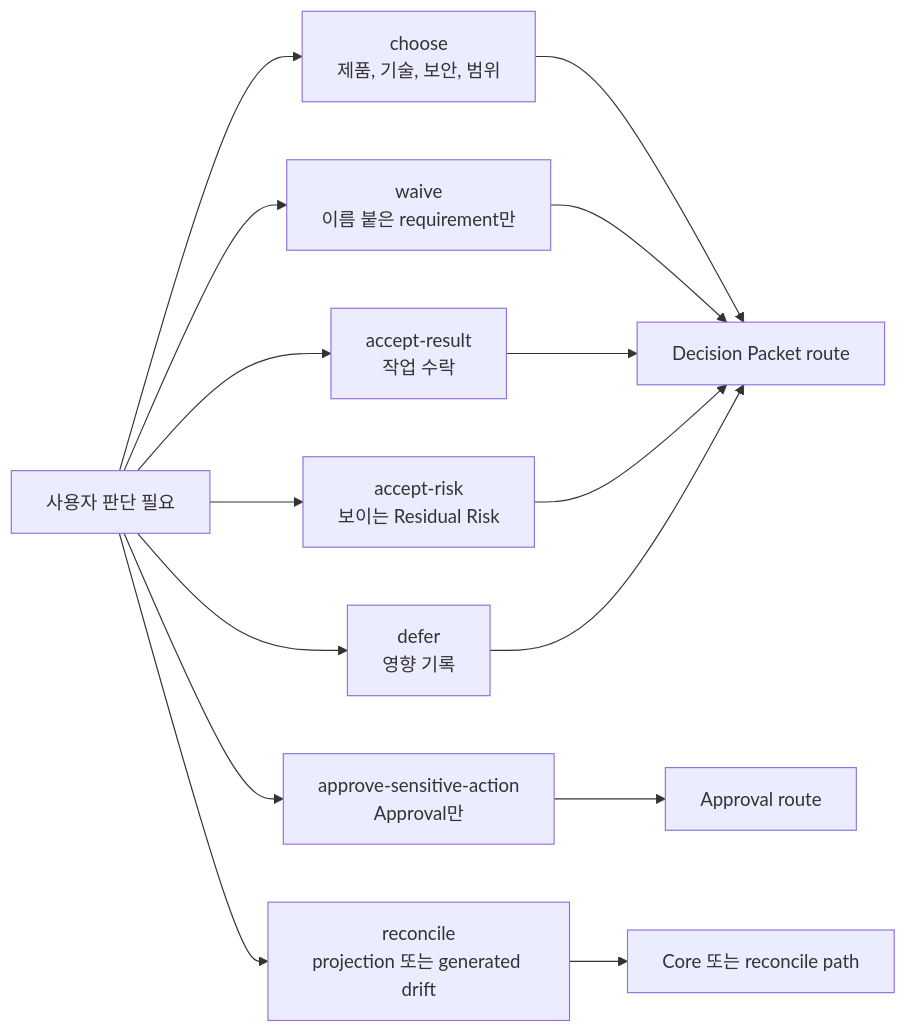
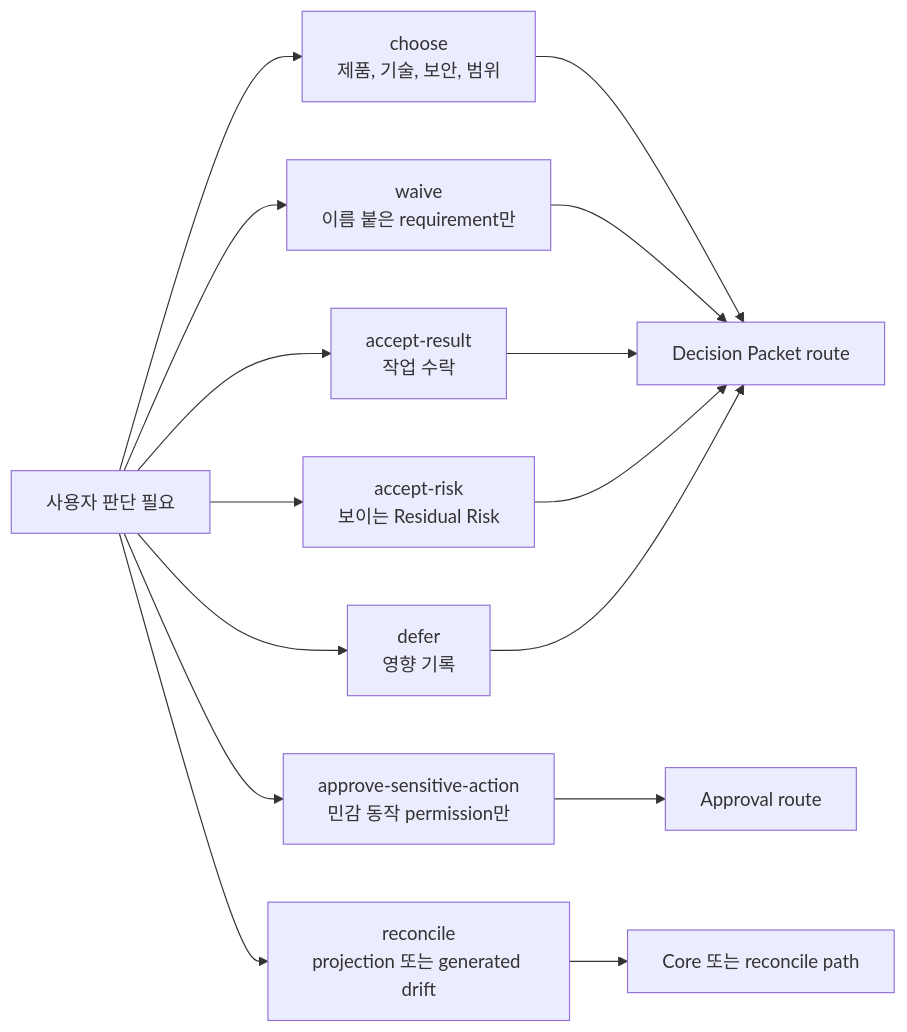
One commit to minjungw00/Harness_Project changed the first of 3 diagrams in docs/ko/reference/kernel.md. Above: the diagram before and after it, drawn with Mermaid. The commit also changed other lines of this file and 45 other files, not shown here.

Commit message:
docs: align sensitive-action approval staging

````diff
--- a/docs/ko/reference/kernel.md
+++ b/docs/ko/reference/kernel.md
@@ -137,19 +137,19 @@
 ```mermaid
 flowchart LR
   Need["사용자 판단 필요"]
   Need --> Choose["choose<br/>제품, 기술, 보안, 범위"]
-  Need --> Approve["approve-sensitive-action<br/>Approval만"]
+  Need --> Approve["approve-sensitive-action<br/>민감 동작 permission만"]
   Need --> Waive["waive<br/>이름 붙은 requirement만"]
   Need --> Accept["accept-result<br/>작업 수락"]
   Need --> Risk["accept-risk<br/>보이는 Residual Risk"]
   Need --> Reconcile["reconcile<br/>projection 또는 generated drift"]
   Need --> Defer["defer<br/>영향 기록"]
 
   Choose --> Decision["Decision Packet route"]
   Waive --> Decision
   Accept --> Decision
   Risk --> Decision
   Defer --> Decision
   Approve --> Approval["Approval route"]
   Reconcile --> CorePath["Core 또는 reconcile path"]
 ```
````
